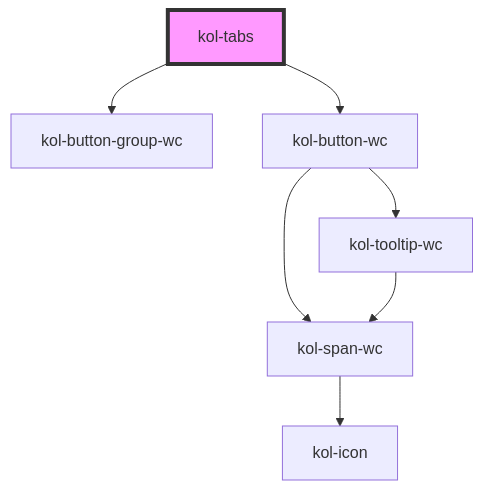
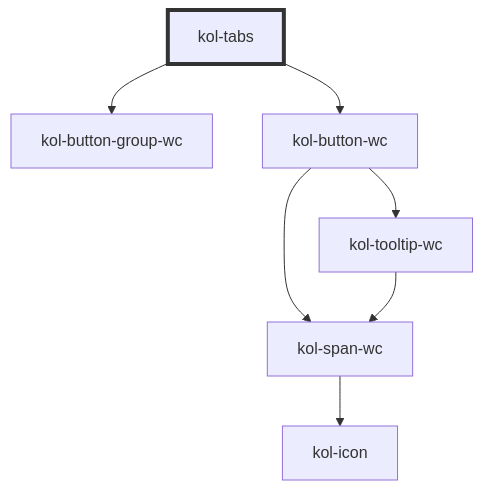
Before and after one commit to public-ui/kolibri: the diagram in packages/components/src/components/tabs/readme.md, drawn with Mermaid. The commit also changed 40 other files, not shown here.

````diff
--- a/packages/components/src/components/tabs/readme.md
+++ b/packages/components/src/components/tabs/readme.md
@@ -110,10 +110,10 @@
 ```mermaid
 graph TD;
   kol-tabs --> kol-button-group-wc
   kol-tabs --> kol-button-wc
   kol-button-wc --> kol-span-wc
   kol-button-wc --> kol-tooltip-wc
   kol-span-wc --> kol-icon
   kol-tooltip-wc --> kol-span-wc
-  style kol-tabs fill:#f9f,stroke:#333,stroke-width:4px
+  style kol-tabs stroke:#333,stroke-width:4px
 ```
````
